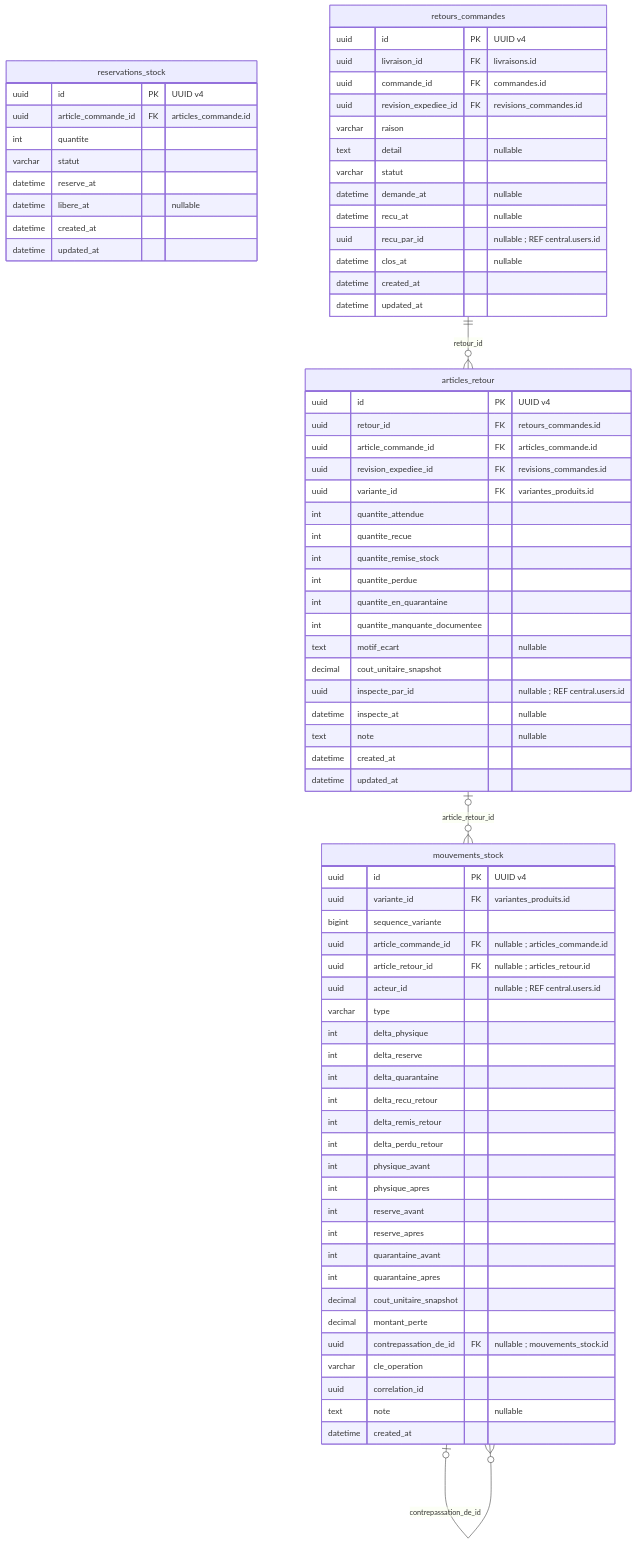
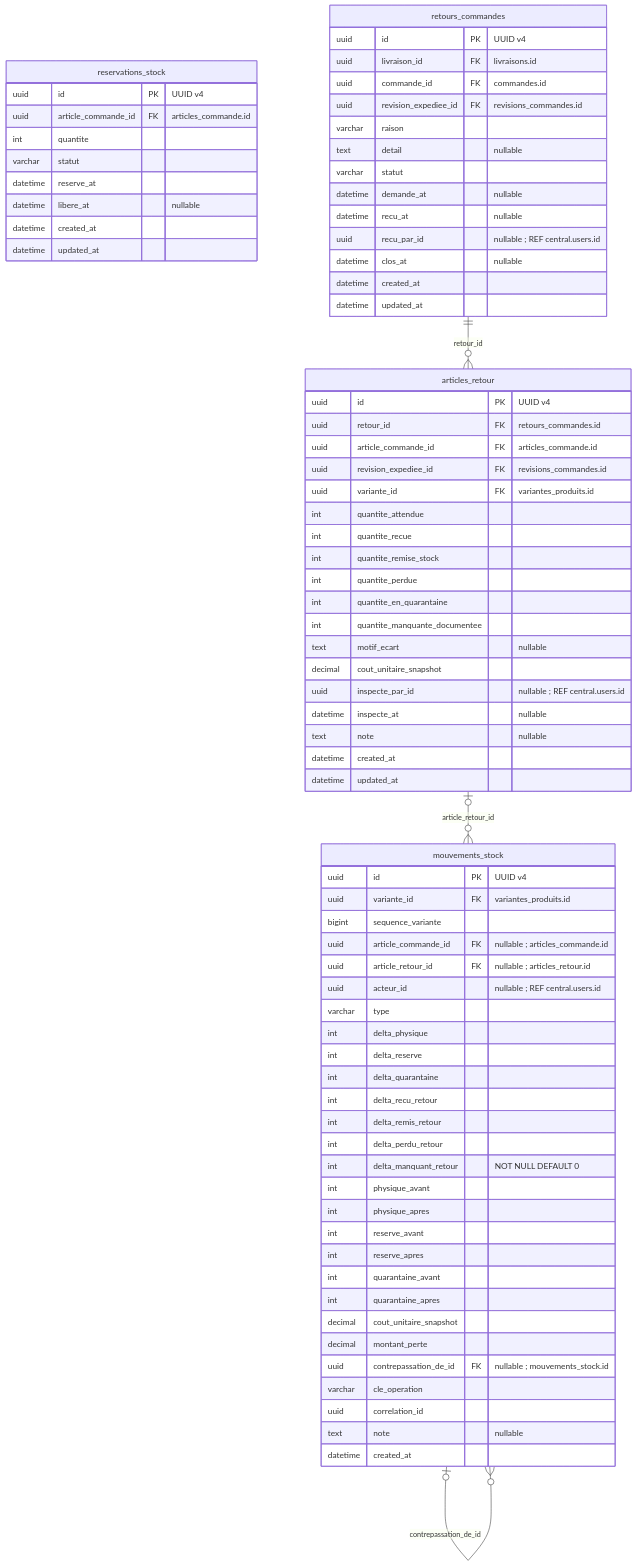
Diagram 23 of 36 in Schema-BDD-SaaS-Ecommerce-UUID.md (unitealfa/saas-ecom), drawn with Mermaid before and after one commit. The commit also changed other lines of this file, not shown here.

````diff
--- a/Schema-BDD-SaaS-Ecommerce-UUID.md
+++ b/Schema-BDD-SaaS-Ecommerce-UUID.md
@@ -1341,80 +1753,81 @@
 ```mermaid
 erDiagram
     direction TB
     reservations_stock {
         uuid id PK "UUID v4"
         uuid article_commande_id FK "articles_commande.id"
         int quantite
         varchar statut
         datetime reserve_at
         datetime libere_at "nullable"
         datetime created_at
         datetime updated_at
     }
     mouvements_stock {
         uuid id PK "UUID v4"
         uuid variante_id FK "variantes_produits.id"
         bigint sequence_variante
         uuid article_commande_id FK "nullable ; articles_commande.id"
         uuid article_retour_id FK "nullable ; articles_retour.id"
         uuid acteur_id "nullable ; REF central.users.id"
         varchar type
         int delta_physique
         int delta_reserve
         int delta_quarantaine
         int delta_recu_retour
         int delta_remis_retour
         int delta_perdu_retour
+        int delta_manquant_retour "NOT NULL DEFAULT 0"
         int physique_avant
         int physique_apres
         int reserve_avant
         int reserve_apres
         int quarantaine_avant
         int quarantaine_apres
         decimal cout_unitaire_snapshot
         decimal montant_perte
         uuid contrepassation_de_id FK "nullable ; mouvements_stock.id"
         varchar cle_operation
         uuid correlation_id
         text note "nullable"
         datetime created_at
     }
     retours_commandes {
         uuid id PK "UUID v4"
         uuid livraison_id FK "livraisons.id"
         uuid commande_id FK "commandes.id"
         uuid revision_expediee_id FK "revisions_commandes.id"
         varchar raison
         text detail "nullable"
         varchar statut
         datetime demande_at "nullable"
         datetime recu_at "nullable"
         uuid recu_par_id "nullable ; REF central.users.id"
         datetime clos_at "nullable"
         datetime created_at
         datetime updated_at
     }
     articles_retour {
         uuid id PK "UUID v4"
         uuid retour_id FK "retours_commandes.id"
         uuid article_commande_id FK "articles_commande.id"
         uuid revision_expediee_id FK "revisions_commandes.id"
         uuid variante_id FK "variantes_produits.id"
         int quantite_attendue
         int quantite_recue
         int quantite_remise_stock
         int quantite_perdue
         int quantite_en_quarantaine
         int quantite_manquante_documentee
         text motif_ecart "nullable"
         decimal cout_unitaire_snapshot
         uuid inspecte_par_id "nullable ; REF central.users.id"
         datetime inspecte_at "nullable"
         text note "nullable"
         datetime created_at
         datetime updated_at
     }
     articles_retour |o--o{ mouvements_stock : article_retour_id
     mouvements_stock |o--o{ mouvements_stock : contrepassation_de_id
     retours_commandes ||--o{ articles_retour : retour_id
 ```
````
